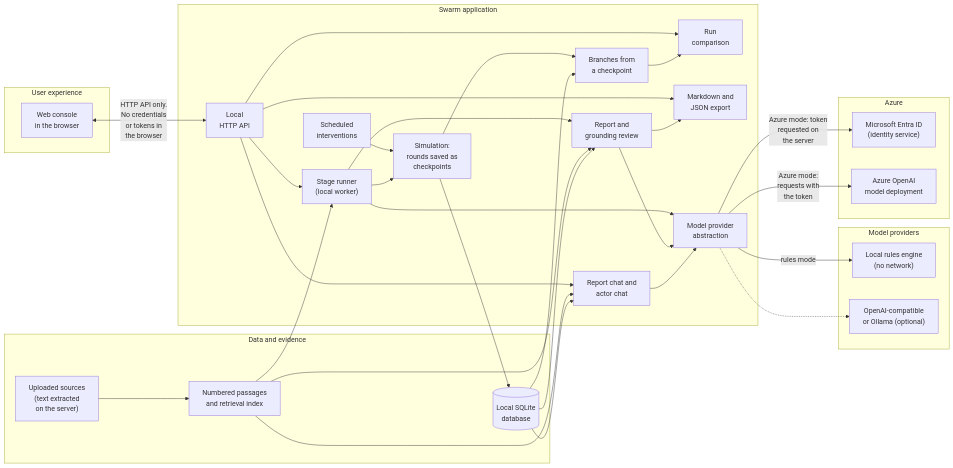
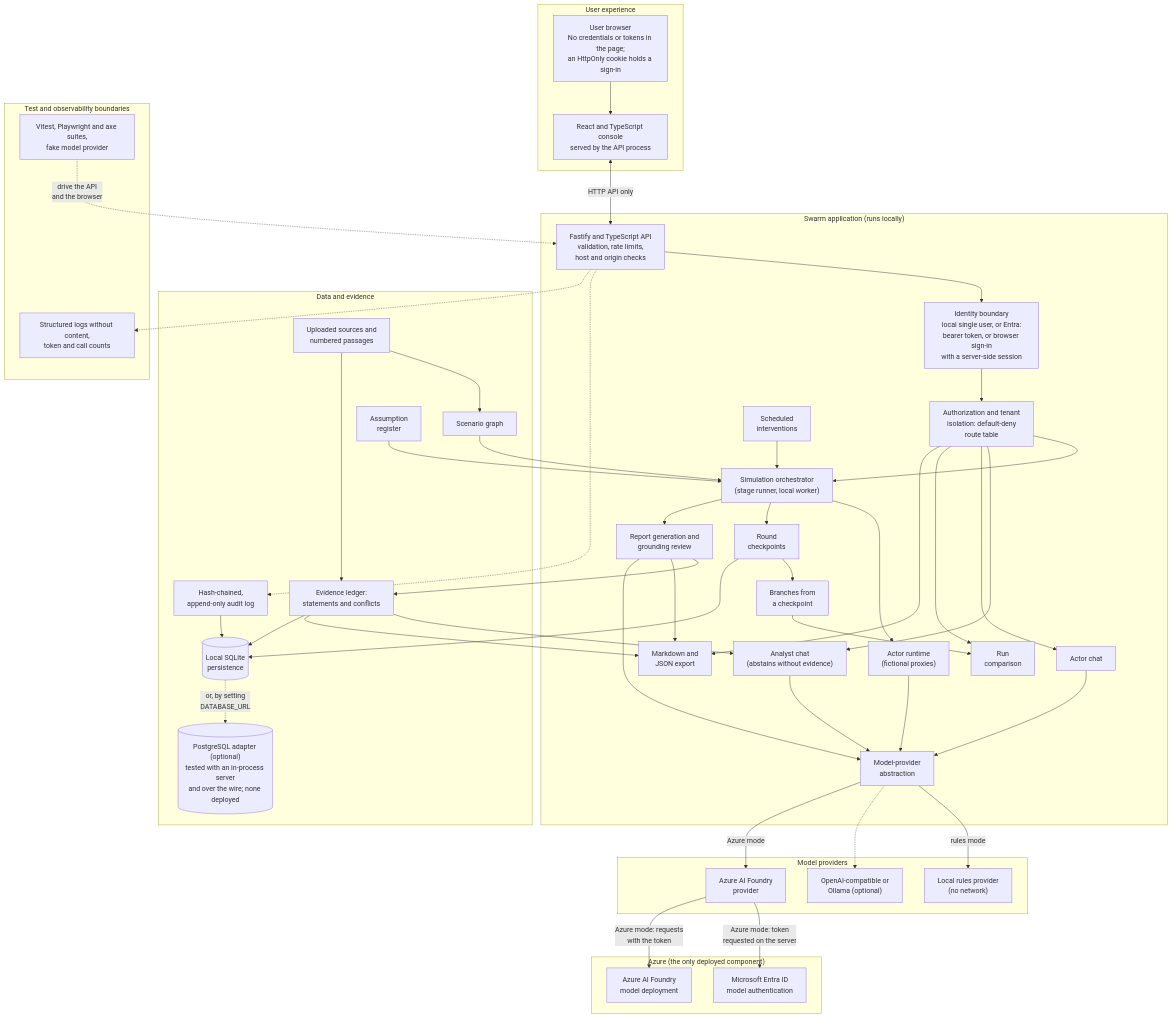
Before and after one commit to snowjug/Swarm: the diagram in README.md, drawn with Mermaid. The commit also changed other lines of this file and 94 other files, not shown here.

````diff
--- a/README.md
+++ b/README.md
@@ -97,64 +162,93 @@
 ```mermaid
-flowchart LR
+flowchart TB
     subgraph UX["User experience"]
-        Browser["Web console<br/>in the browser"]
+        Browser["User browser<br/>No credentials or tokens in the page;<br/>an HttpOnly cookie holds a sign-in"]
+        Frontend["React and TypeScript console<br/>served by the API process"]
     end
 
-    subgraph APP["Swarm application"]
-        API["Local<br/>HTTP API"]
-        Stages["Stage runner<br/>(local worker)"]
+    subgraph APP["Swarm application (runs locally)"]
+        API["Fastify and TypeScript API<br/>validation, rate limits,<br/>host and origin checks"]
+        Identity["Identity boundary<br/>local single user, or Entra:<br/>bearer token, or browser sign-in<br/>with a server-side session"]
+        Authz["Authorization and tenant<br/>isolation: default-deny<br/>route table"]
+        Orchestrator["Simulation orchestrator<br/>(stage runner, local worker)"]
+        Actors["Actor runtime<br/>(fictional proxies)"]
         Interv["Scheduled<br/>interventions"]
-        Sim["Simulation:<br/>rounds saved as<br/>checkpoints"]
-        Branch["Branches from<br/>a checkpoint"]
+        Checkpoints["Round<br/>checkpoints"]
+        Branches["Branches from<br/>a checkpoint"]
         Compare["Run<br/>comparison"]
-        Report["Report and<br/>grounding review"]
-        Chat["Report chat and<br/>actor chat"]
+        Report["Report generation and<br/>grounding review"]
+        Analyst["Analyst chat<br/>(abstains without evidence)"]
+        ActorChat["Actor chat"]
         Export["Markdown and<br/>JSON export"]
-        Provider["Model provider<br/>abstraction"]
+        Provider["Model-provider<br/>abstraction"]
     end
 
     subgraph DATA["Data and evidence"]
-        Sources["Uploaded sources<br/>(text extracted<br/>on the server)"]
-        Passages["Numbered passages<br/>and retrieval index"]
-        DB[("Local SQLite<br/>database")]
+        Sources["Uploaded sources and<br/>numbered passages"]
+        Graph["Scenario graph"]
+        Ledger["Evidence ledger:<br/>statements and conflicts"]
+        Assumptions["Assumption<br/>register"]
+        DB[("Local SQLite<br/>persistence")]
+        Pg[("PostgreSQL adapter (optional)<br/>tested with an in-process server<br/>and over the wire; none deployed")]
+        Audit["Hash-chained,<br/>append-only audit log"]
     end
 
     subgraph MODELS["Model providers"]
-        Rules["Local rules engine<br/>(no network)"]
-        Other["OpenAI-compatible<br/>or Ollama (optional)"]
+        Rules["Local rules provider<br/>(no network)"]
+        Other["OpenAI-compatible or<br/>Ollama (optional)"]
+        FoundryProv["Azure AI Foundry<br/>provider"]
     end
 
-    subgraph AZ["Azure"]
-        Entra["Microsoft Entra ID<br/>(identity service)"]
-        Deployment["Azure OpenAI<br/>model deployment"]
+    subgraph AZ["Azure (the only deployed component)"]
+        Entra["Microsoft Entra ID<br/>model authentication"]
+        Deployment["Azure AI Foundry<br/>model deployment"]
     end
 
-    Browser <-->|"HTTP API only.<br/>No credentials<br/>or tokens in<br/>the browser"| API
-    API --> Stages
-    API --> Chat
-    API --> Compare
-    API --> Export
-    Interv --> Sim
-    Stages --> Sim
-    Stages --> Report
-    Sim --> Branch
-    Branch --> Compare
+    subgraph QA["Test and observability boundaries"]
+        Tests["Vitest, Playwright and axe suites,<br/>fake model provider"]
+        Logs["Structured logs without content,<br/>token and call counts"]
+    end
+
+    Browser --> Frontend
+    Frontend <-->|"HTTP API only"| API
+    API --> Identity
+    Identity --> Authz
+    Authz --> Orchestrator
+    Authz --> Analyst
+    Authz --> ActorChat
+    Authz --> Compare
+    Authz --> Export
+    API -.-> Audit
+
+    Sources --> Graph
+    Graph --> Orchestrator
+    Assumptions --> Orchestrator
+    Interv --> Orchestrator
+    Orchestrator --> Actors
+    Orchestrator --> Checkpoints
+    Checkpoints --> Branches
+    Branches --> Compare
+    Orchestrator --> Report
+    Report --> Ledger
+    Sources --> Ledger
+    Ledger --> Analyst
+    Ledger --> Export
     Report --> Export
+    Checkpoints --> DB
+    Ledger --> DB
+    Audit --> DB
+    DB -.->|"or, by setting<br/>DATABASE_URL"| Pg
 
-    Sources --> Passages
-    Passages --> Stages
-    Passages --> Report
-    Passages --> Chat
-    Sim --> DB
-    DB --> Branch
-    DB --> Report
-    DB --> Chat
-
-    Stages --> Provider
+    Actors --> Provider
     Report --> Provider
-    Chat --> Provider
+    Analyst --> Provider
+    ActorChat --> Provider
     Provider -->|"rules mode"| Rules
     Provider -.-> Other
-    Provider -->|"Azure mode: token<br/>requested on<br/>the server"| Entra
-    Provider -->|"Azure mode:<br/>requests with<br/>the token"| Deployment
+    Provider -->|"Azure mode"| FoundryProv
+    FoundryProv -->|"Azure mode: token<br/>requested on the server"| Entra
+    FoundryProv -->|"Azure mode: requests<br/>with the token"| Deployment
+
+    Tests -.->|"drive the API<br/>and the browser"| API
+    API -.-> Logs
 ```
````
